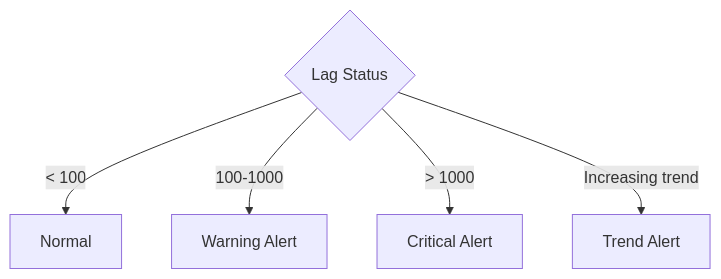
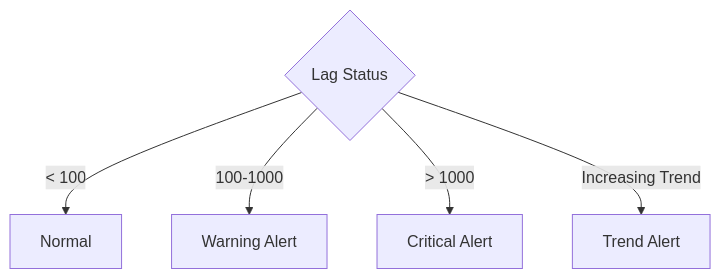
One commit to advanced-beginner/advanced-beginner.github.io changed the second of 3 diagrams in content/en/docs/kafka/concepts/monitoring.md. Above: the diagram before and after it, drawn with Mermaid. The commit also changed other lines of this file and 7 other files, not shown here.

````diff
--- a/content/en/docs/kafka/concepts/monitoring.md
+++ b/content/en/docs/kafka/concepts/monitoring.md
@@ -250,8 +248,8 @@
 ```mermaid
 flowchart TB
     LAG{Lag Status}
     LAG -->|< 100| OK[Normal]
     LAG -->|100-1000| WARN[Warning Alert]
     LAG -->|> 1000| CRIT[Critical Alert]
-    LAG -->|Increasing trend| TREND[Trend Alert]
+    LAG -->|Increasing Trend| TREND[Trend Alert]
 ```
````
